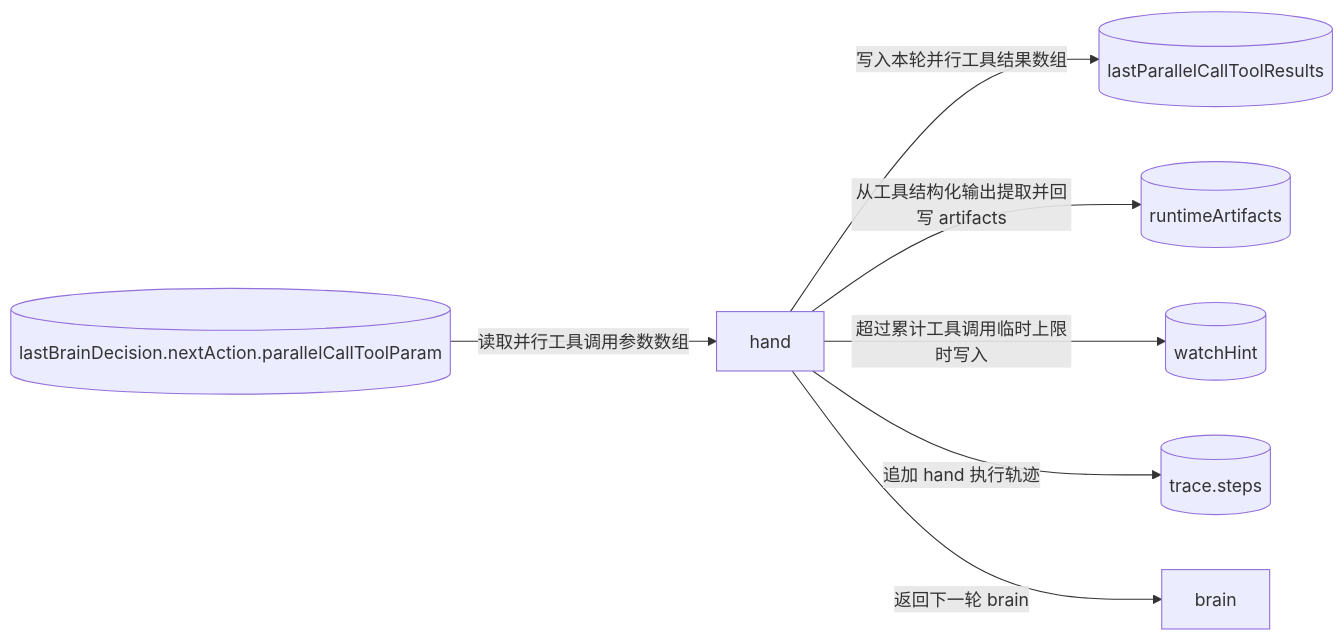
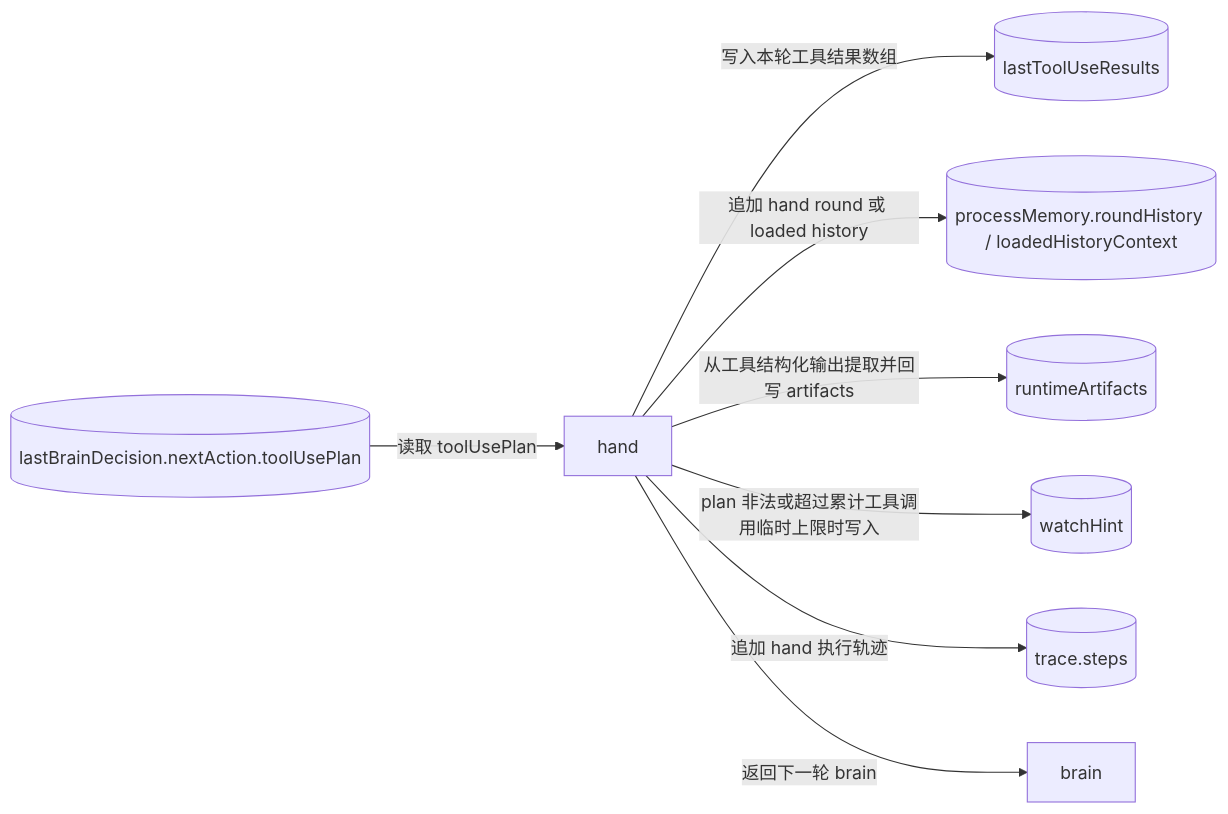
The sixth of 7 diagrams in doc/ai-design/data-definition-and-flow.md (Yoan98/Ncurator), drawn with Mermaid before and after one commit. The commit also changed other lines of this file and 52 other files, not shown here.

Commit message:
Refactor human process memory and history recall flow

````diff
--- a/doc/ai-design/data-definition-and-flow.md
+++ b/doc/ai-design/data-definition-and-flow.md
@@ -619,17 +850,19 @@
 ```mermaid
 flowchart LR
-    LBD[("lastBrainDecision.nextAction.parallelCallToolParam")]
+    LBD[("lastBrainDecision.nextAction.toolUsePlan")]
     H["hand"]
-    LTR[("lastParallelCallToolResults")]
+    LTR[("lastToolUseResults")]
+    PM[("processMemory.roundHistory / loadedHistoryContext")]
     A[("runtimeArtifacts")]
     WH[("watchHint")]
     TR[("trace.steps")]
     B["brain"]
 
-    LBD -->|读取并行工具调用参数数组| H
-    H -->|写入本轮并行工具结果数组| LTR
+    LBD -->|读取 toolUsePlan| H
+    H -->|写入本轮工具结果数组| LTR
+    H -->|追加 hand round 或 loaded history| PM
     H -->|从工具结构化输出提取并回写 artifacts| A
-    H -->|超过累计工具调用临时上限时写入| WH
+    H -->|plan 非法或超过累计工具调用临时上限时写入| WH
     H -->|追加 hand 执行轨迹| TR
     H -->|返回下一轮 brain| B
 ```
````
